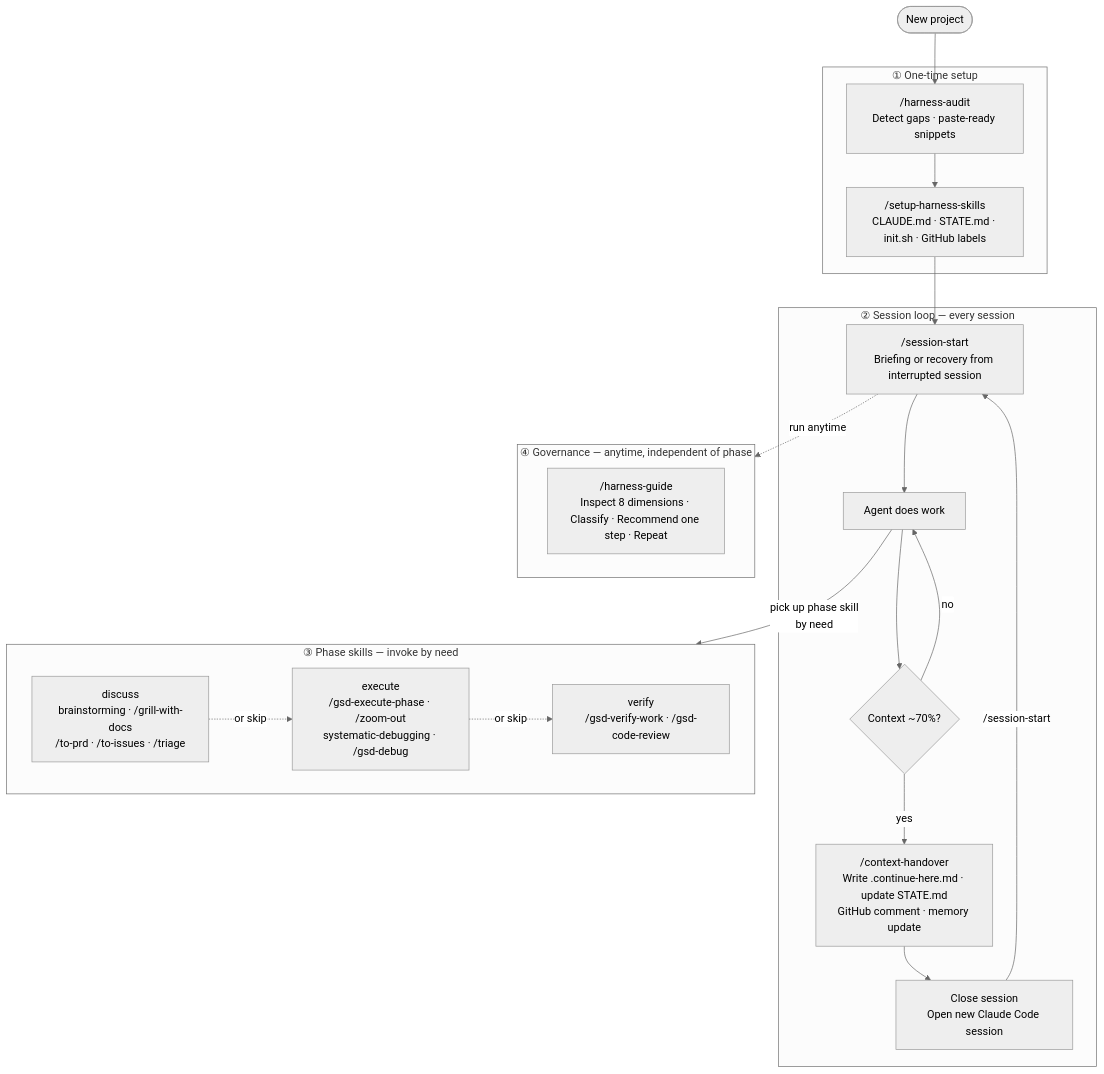
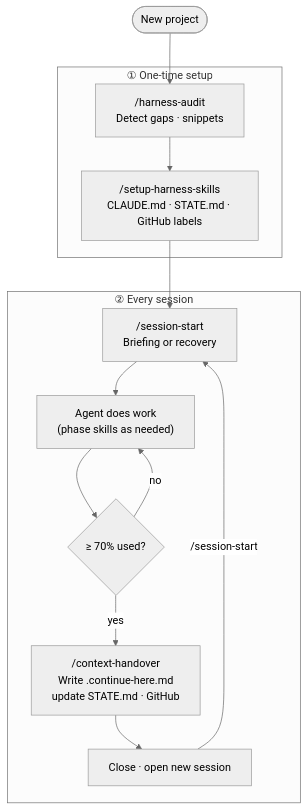
Before and after one commit to ClydeShen/harness-skill: the second of 2 diagrams in README.md, drawn with Mermaid (neutral theme). The commit also changed other lines of this file, not shown here.

Commit message:
docs: simplify lifecycle Mermaid to 2 subgraphs (ONCE + LOOP)
Removed PHASES and GOV subgraphs — ~14 nodes down to 6.
Phase skills and governance moved to caption; concept preserved
inline via "(phase skills as needed)" in the WORK node.

````diff
--- a/README.md
+++ b/README.md
@@ -158,36 +158,21 @@
 ```mermaid
 flowchart TD
     A([New project]) --> B
 
     subgraph ONCE["① One-time setup"]
-        B["/harness-audit<br/>Detect gaps · paste-ready snippets"]
-        B --> C["/setup-harness-skills<br/>CLAUDE.md · STATE.md · init.sh · GitHub labels"]
+        B["/harness-audit<br/>Detect gaps · snippets"]
+        B --> C["/setup-harness-skills<br/>CLAUDE.md · STATE.md · GitHub labels"]
     end
 
     C --> D
 
-    subgraph LOOP["② Session loop — every session"]
-        D["/session-start<br/>Briefing or recovery from interrupted session"]
-        D --> WORK["Agent does work"]
-        WORK --> CTX{"Context ~70%?"}
-        CTX -->|yes| HO["/context-handover<br/>Write .continue-here.md · update STATE.md<br/>GitHub comment · memory update"]
-        HO --> COM["Close session<br/>Open new Claude Code session"]
+    subgraph LOOP["② Every session"]
+        D["/session-start<br/>Briefing or recovery"]
+        D --> WORK["Agent does work<br/>(phase skills as needed)"]
+        WORK --> CTX{"≥ 70% used?"}
+        CTX -->|yes| HO["/context-handover<br/>Write .continue-here.md<br/>update STATE.md · GitHub"]
+        HO --> COM["Close · open new session"]
         COM -->|"/session-start"| D
         CTX -->|no| WORK
     end
-
-    subgraph PHASES["③ Phase skills — invoke by need"]
-        DISC["discuss<br/>brainstorming · /grill-with-docs<br/>/to-prd · /to-issues · /triage"]
-        EXEC["execute<br/>/gsd-execute-phase · /zoom-out<br/>systematic-debugging · /gsd-debug"]
-        VER["verify<br/>/gsd-verify-work · /gsd-code-review"]
-        DISC -.->|"or skip"| EXEC -.->|"or skip"| VER
-    end
-
-    WORK -->|"pick up phase skill<br/>by need"| PHASES
-
-    subgraph GOV["④ Governance — anytime, independent of phase"]
-        G["/harness-guide<br/>Inspect 8 dimensions · Classify · Recommend one step · Repeat"]
-    end
-
-    D -.->|"run anytime"| GOV
 ```
````
